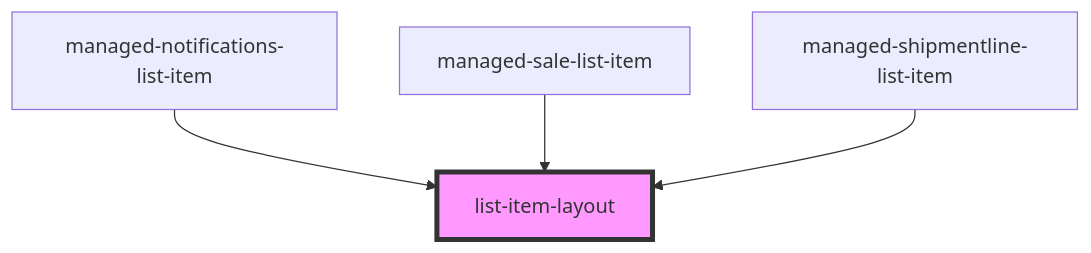
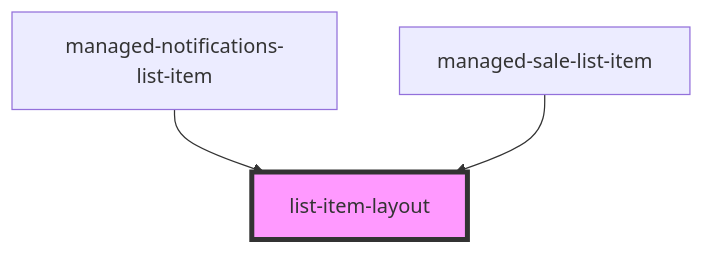
One commit to PharmaLedger-IMI/fgt-workspace changed the diagram in pdm-web-components/src/components/list-item-layout/readme.md. Above: the diagram before and after it, drawn with Mermaid. The commit also changed other lines of this file and 3 other files, not shown here.

````diff
--- a/pdm-web-components/src/components/list-item-layout/readme.md
+++ b/pdm-web-components/src/components/list-item-layout/readme.md
@@ -28,7 +27,6 @@
 ```mermaid
 graph TD;
   managed-notifications-list-item --> list-item-layout
   managed-sale-list-item --> list-item-layout
-  managed-shipmentline-list-item --> list-item-layout
   style list-item-layout fill:#f9f,stroke:#333,stroke-width:4px
 ```
````
